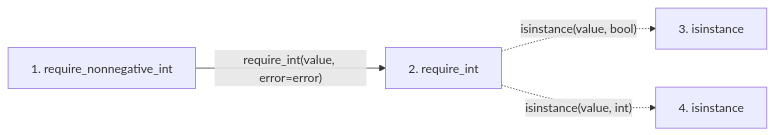
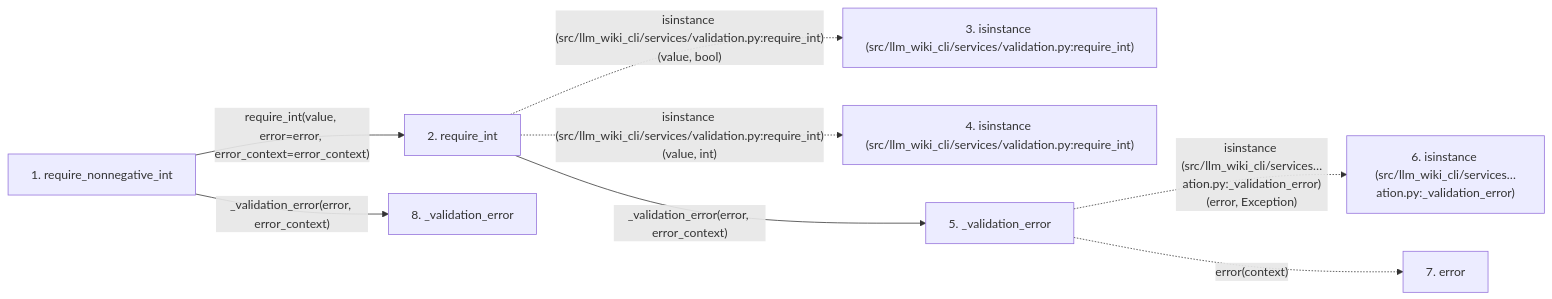
The second of 2 diagrams in docs/llm_wiki/flows/api-require_nonnegative_int.md (Denissvgn/python-wiki-llm), drawn with Mermaid before and after one commit. The commit also changed other lines of this file and 627 other files, not shown here.

````diff
--- a/docs/llm_wiki/flows/api-require_nonnegative_int.md
+++ b/docs/llm_wiki/flows/api-require_nonnegative_int.md
@@ -39,12 +46,22 @@
 ```mermaid
 flowchart LR
     s1["1. require_nonnegative_int"]
     s2["2. require_int"]
-    s3["3. isinstance"]
-    s4["4. isinstance"]
-    s1 -->|"require_int(value, error=error)"| s2
-    s2 -. "isinstance(value, bool)" .-> s3
-    s2 -. "isinstance(value, int)" .-> s4
+    s3["3. isinstance (src/llm_wiki_cli/services/validation.py:require_int)"]
+    s4["4. isinstance (src/llm_wiki_cli/services/validation.py:require_int)"]
+    s5["5. _validation_error"]
+    s6["6. isinstance (src/llm_wiki_cli/services…ation.py:_validation_error)"]
+    s7["7. error"]
+    s8["8. _validation_error"]
+    s1 -->|"require_int(value, error=error, error_context=error_context)"| s2
+    s2 -. "isinstance (src/llm_wiki_cli/services/validation.py:require_int)(value, bool)" .-> s3
+    s2 -. "isinstance (src/llm_wiki_cli/services/validation.py:require_int)(value, int)" .-> s4
+    s2 -->|"_validation_error(error, error_context)"| s5
+    s5 -. "isinstance (src/llm_wiki_cli/services…ation.py:_validation_error)(error, Exception)" .-> s6
+    s5 -. "error(context)" .-> s7
+    s1 -->|"_validation_error(error, error_context)"| s8
     click s1 "../modules/validation.md"
     click s2 "../modules/validation.md"
+    click s5 "../modules/validation.md"
+    click s8 "../modules/validation.md"
 ```
````
